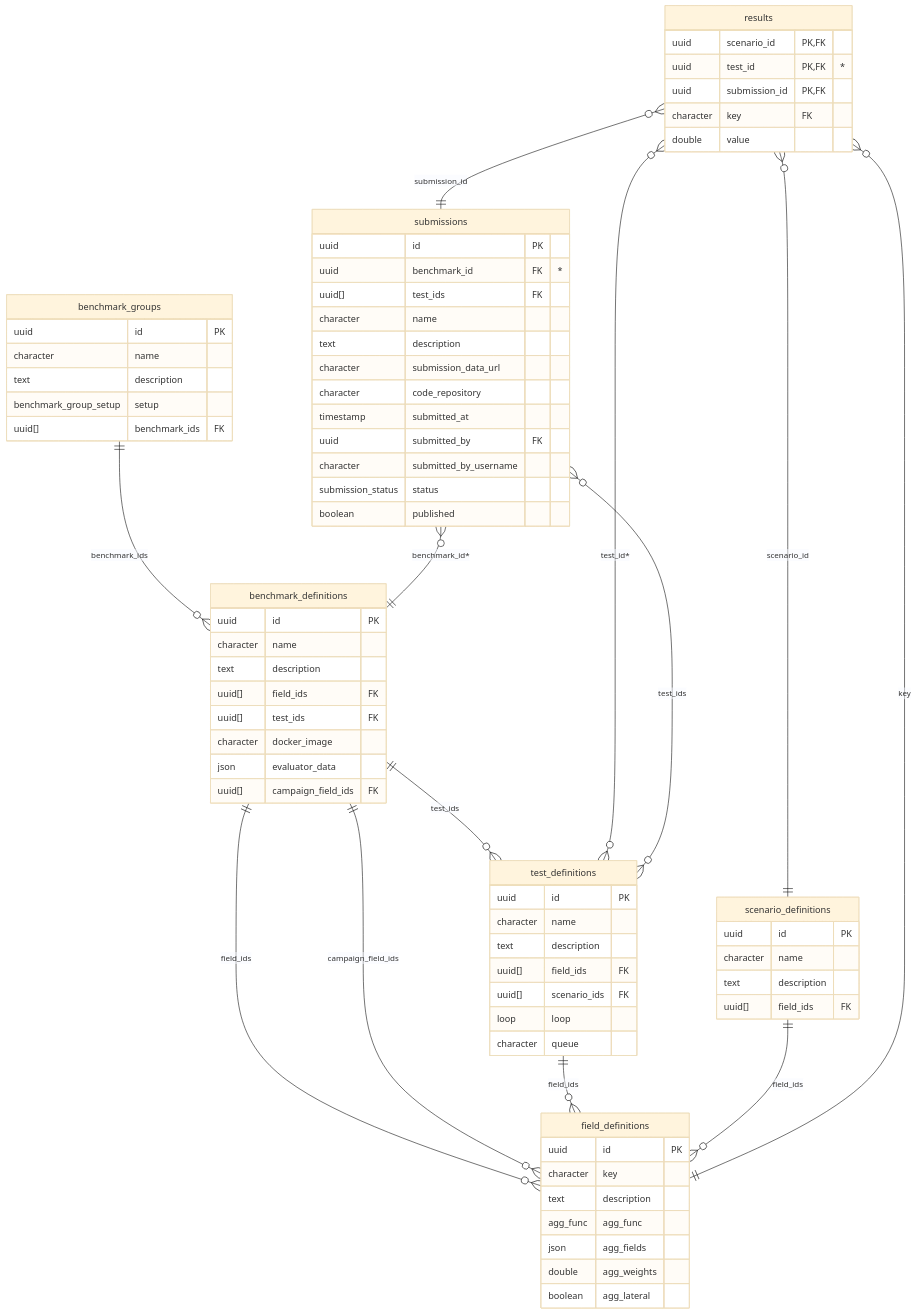
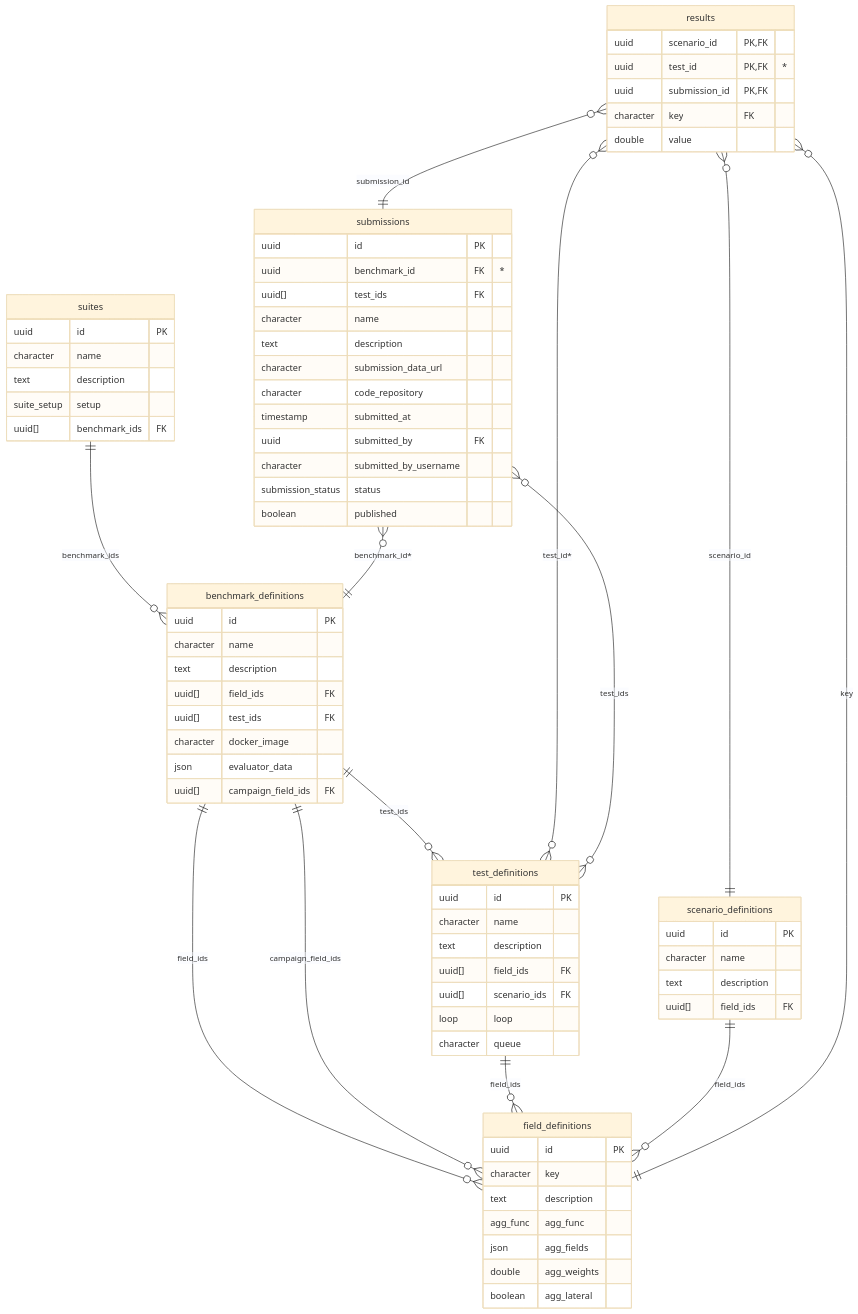
The second of 6 diagrams in docs/ARCHITECTURE.md (flatland-association/flatland-benchmarks), drawn with Mermaid (base theme) before and after one commit. The commit also changed other lines of this file and 50 other files, not shown here.

First line of the commit message:
fix: New terminology benchmark and suite (#428)

````diff
--- a/docs/ARCHITECTURE.md
+++ b/docs/ARCHITECTURE.md
@@ -432,6 +432,6 @@
 ```mermaid
 erDiagram
-  benchmark_groups one to zero or more benchmark_definitions: benchmark_ids
+  suites one to zero or more benchmark_definitions: benchmark_ids
   benchmark_definitions one to zero or more field_definitions: field_ids
   benchmark_definitions one to zero or more field_definitions: campaign_field_ids
   benchmark_definitions one to zero or more test_definitions: test_ids
@@ -477,11 +477,11 @@
     boolean published
   }
 
-  benchmark_groups {
+  suites {
     uuid id PK
     character name
     text description
-    benchmark_group_setup setup
+    suite_setup setup
     uuid[] benchmark_ids FK
   }
 
````
